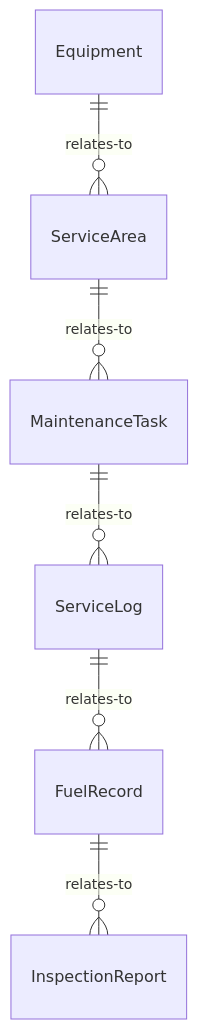
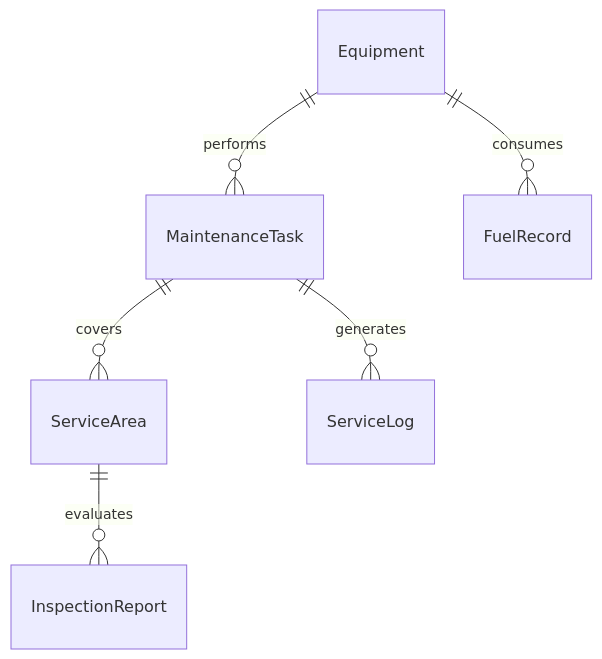
The first of 4 diagrams in ControllingMachinesAndProcesses/OperateAgriculturalOrForestryEquipment/OperateGroundsMaintenanceEquipment.mdx (dot-org-ai/tasks.org.ai), drawn with Mermaid before and after one commit. The commit also changed other lines of this file and 515 other files, not shown here.

````diff
--- a/ControllingMachinesAndProcesses/OperateAgriculturalOrForestryEquipment/OperateGroundsMaintenanceEquipment.mdx
+++ b/ControllingMachinesAndProcesses/OperateAgriculturalOrForestryEquipment/OperateGroundsMaintenanceEquipment.mdx
@@ -86,8 +86,8 @@
 ```mermaid
 erDiagram
-    Equipment ||--o{ ServiceArea : relates-to
-    ServiceArea ||--o{ MaintenanceTask : relates-to
-    MaintenanceTask ||--o{ ServiceLog : relates-to
-    ServiceLog ||--o{ FuelRecord : relates-to
-    FuelRecord ||--o{ InspectionReport : relates-to
+    Equipment ||--o{ MaintenanceTask : performs
+    MaintenanceTask ||--o{ ServiceArea : covers
+    MaintenanceTask ||--o{ ServiceLog : generates
+    Equipment ||--o{ FuelRecord : consumes
+    ServiceArea ||--o{ InspectionReport : evaluates
 ```
````
